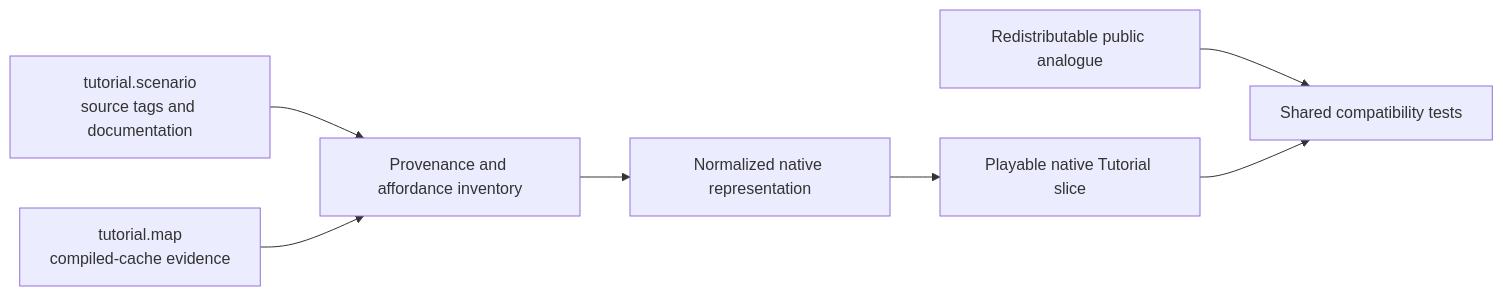
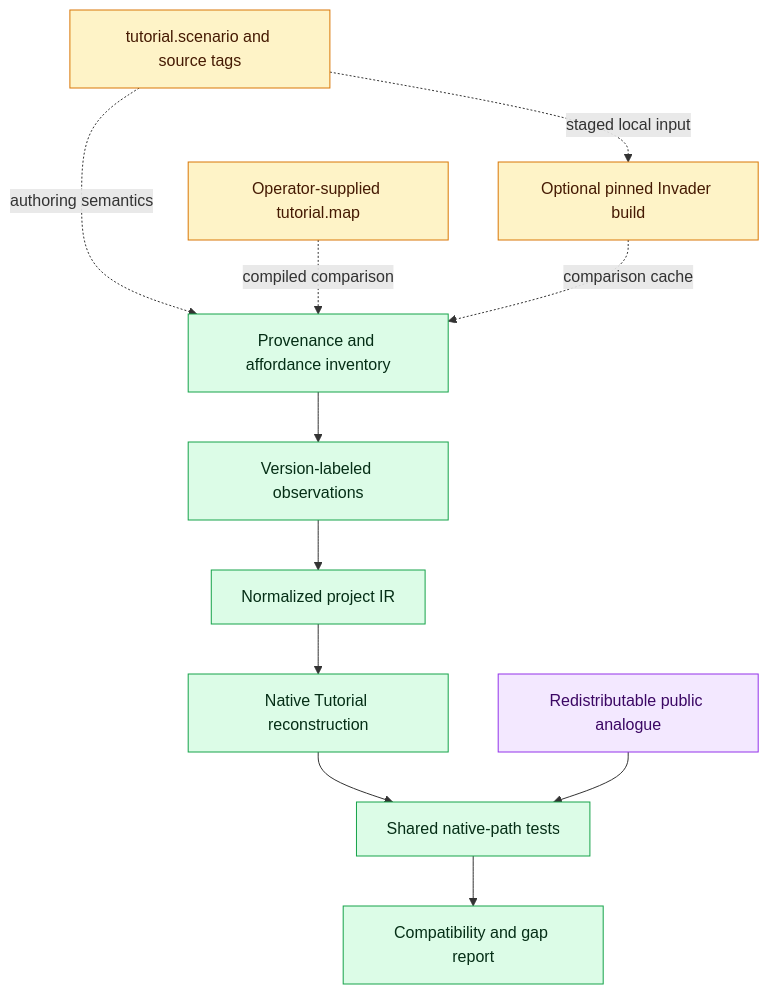
The seventh of 8 diagrams in docs/ecosystem.md (cwilson613/halo), drawn with Mermaid before and after one commit. The commit also changed other lines of this file, not shown here.

Commit message:
docs: refine ecosystem architecture diagrams

````diff
--- a/docs/ecosystem.md
+++ b/docs/ecosystem.md
@@ -113,16 +300,32 @@
 ```mermaid
-flowchart LR
-    Source[tutorial.scenario<br/>source tags and documentation]
-    Cache[tutorial.map<br/>compiled-cache evidence]
+flowchart TB
+    Scenario[tutorial.scenario and source tags]
+    Cache[Operator-supplied tutorial.map]
+    Invader[Optional pinned Invader build]
     Inventory[Provenance and affordance inventory]
-    IR[Normalized native representation]
-    Slice[Playable native Tutorial slice]
+    Observations[Version-labeled observations]
+    IR[Normalized project IR]
+    Native[Native Tutorial reconstruction]
     Analogue[Redistributable public analogue]
-    Tests[Shared compatibility tests]
+    Tests[Shared native-path tests]
+    Report[Compatibility and gap report]
 
-    Source --> Inventory
-    Cache --> Inventory
-    Inventory --> IR --> Slice
+    Scenario -. authoring semantics .-> Inventory
+    Cache -. compiled comparison .-> Inventory
+    Scenario -. staged local input .-> Invader
+    Invader -. comparison cache .-> Inventory
+    Inventory --> Observations
+    Observations --> IR
+    IR --> Native
+    Native --> Tests
     Analogue --> Tests
-    Slice --> Tests
+    Tests --> Report
+
+    classDef planned fill:#dcfce7,stroke:#16a34a,color:#052e16
+    classDef external fill:#fef3c7,stroke:#d97706,color:#451a03
+    classDef derived fill:#f3e8ff,stroke:#9333ea,color:#3b0764
+
+    class Inventory,Observations,IR,Native,Tests,Report planned
+    class Scenario,Cache,Invader external
+    class Analogue derived
 ```
````
